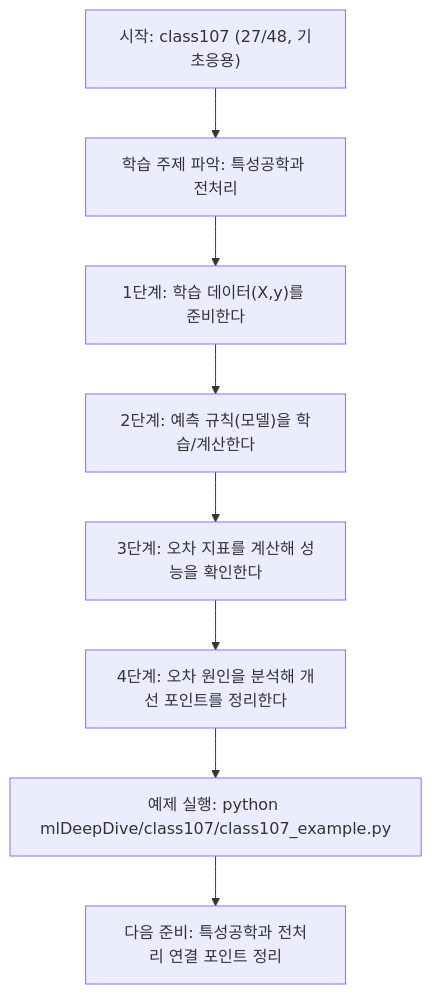
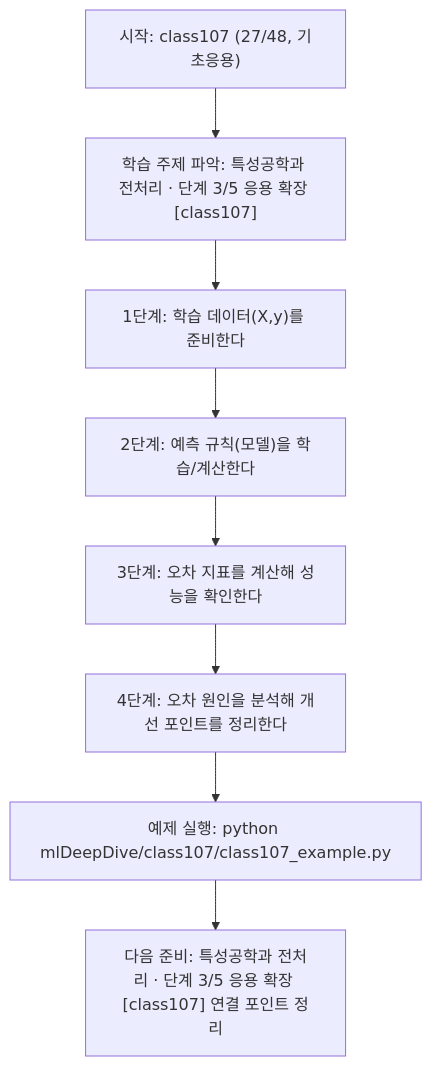
One commit to edumgt/Python-AI_Agent-Class changed the diagram in mlDeepDive/class107/class107.md. Above: the diagram before and after it, drawn with Mermaid. The commit also changed other lines of this file and 522 other files, not shown here.

````diff
--- a/mlDeepDive/class107/class107.md
+++ b/mlDeepDive/class107/class107.md
@@ -108,18 +109,18 @@
 ```mermaid
 flowchart TD
 N1["시작: class107 (27/48, 기초응용)"]
-N2["학습 주제 파악: 특성공학과 전처리"]
+N2["학습 주제 파악: 특성공학과 전처리 · 단계 3/5 응용 확장 [class107]"]
 N3["1단계: 학습 데이터(X,y)를 준비한다"]
 N4["2단계: 예측 규칙(모델)을 학습/계산한다"]
 N5["3단계: 오차 지표를 계산해 성능을 확인한다"]
 N6["4단계: 오차 원인을 분석해 개선 포인트를 정리한다"]
 N7["예제 실행: python mlDeepDive/class107/class107_example.py"]
-N8["다음 준비: 특성공학과 전처리 연결 포인트 정리"]
+N8["다음 준비: 특성공학과 전처리 · 단계 3/5 응용 확장 [class107] 연결 포인트 정리"]
 N1 --> N2
 N2 --> N3
 N3 --> N4
 N4 --> N5
 N5 --> N6
 N6 --> N7
 N7 --> N8
 ```
````
